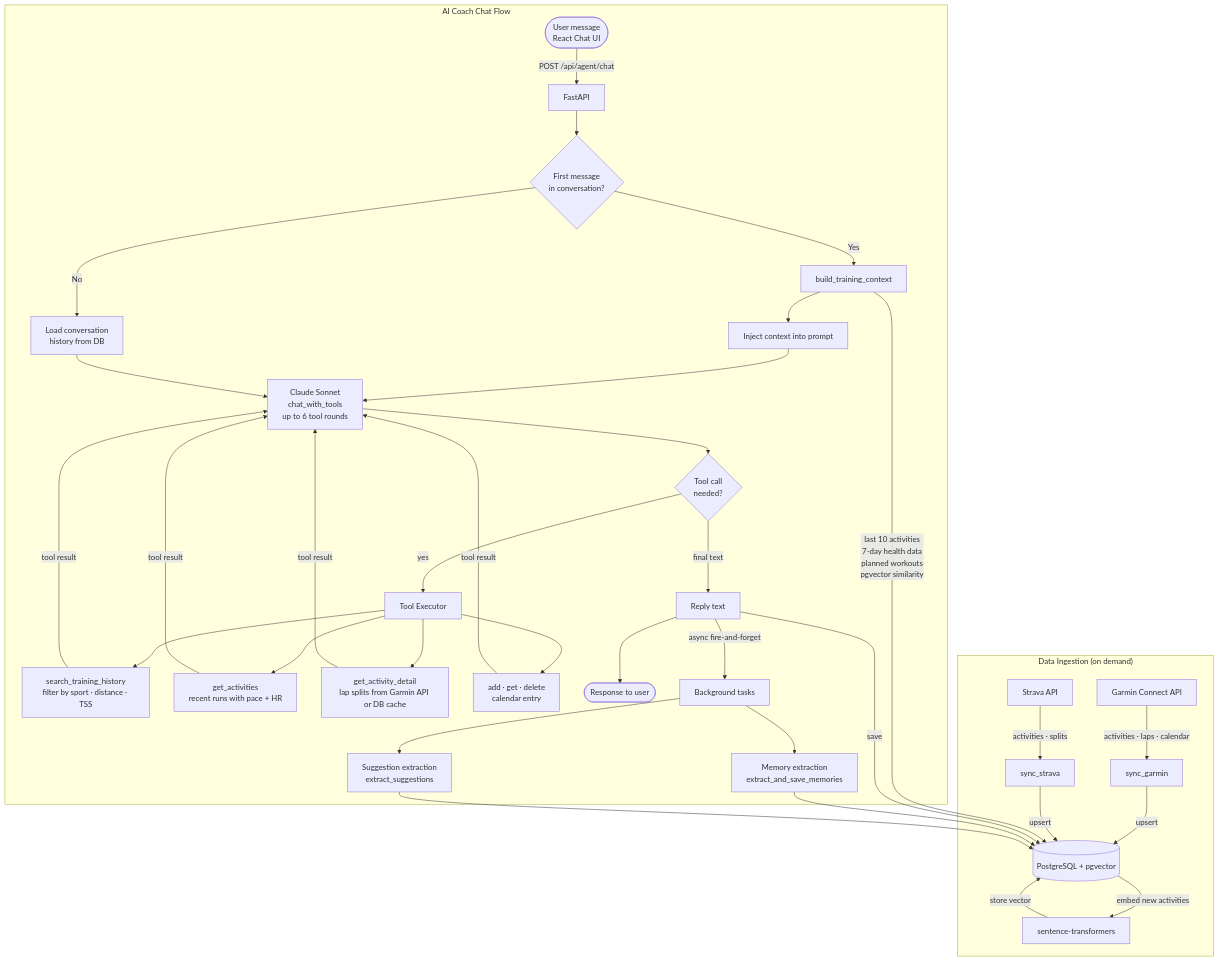
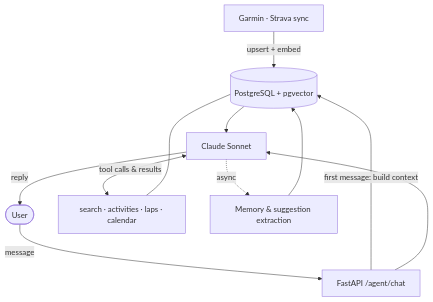
The diagram in README.md (goncalopereira13k/Claudius), drawn with Mermaid before and after one commit.

Commit message:
Simplify AI coach Mermaid diagram for readability

````diff
--- a/README.md
+++ b/README.md
@@ -41,41 +41,13 @@
 ```mermaid
 flowchart TD
-    subgraph Sync["Data Ingestion (on demand)"]
-        GA[Garmin Connect API] -->|activities · laps · calendar| SG[sync_garmin]
-        SA[Strava API] -->|activities · splits| SS[sync_strava]
-        SG & SS -->|upsert| DB[(PostgreSQL + pgvector)]
-        DB -->|embed new activities| EMB[sentence-transformers]
-        EMB -->|store vector| DB
-    end
-
-    subgraph Chat["AI Coach Chat Flow"]
-        U([User message\nReact Chat UI]) -->|POST /api/agent/chat| API[FastAPI]
-
-        API --> CTX{First message\nin conversation?}
-
-        CTX -->|Yes| BC[build_training_context]
-        BC -->|last 10 activities\n7-day health data\nplanned workouts\npgvector similarity| DB
-        BC --> MERGE[Inject context into prompt]
-
-        CTX -->|No| HIST[Load conversation\nhistory from DB]
-        MERGE & HIST --> LLM
-
-        LLM["Claude Sonnet\nchat_with_tools\nup to 6 tool rounds"] --> TR{Tool call\nneeded?}
-
-        TR -->|yes| TOOL[Tool Executor]
-        TOOL --> T1[search_training_history\nfilter by sport · distance · TSS]
-        TOOL --> T2[get_activities\nrecent runs with pace + HR]
-        TOOL --> T3[get_activity_detail\nlap splits from Garmin API or DB cache]
-        TOOL --> T4[add · get · delete\ncalendar entry]
-        T1 & T2 & T3 & T4 -->|tool result| LLM
-
-        TR -->|final text| REPLY[Reply text]
-        REPLY -->|save| DB
-        REPLY --> U2([Response to user])
-
-        REPLY -->|async fire-and-forget| BG[Background tasks]
-        BG --> MEM[Memory extraction\nextract_and_save_memories]
-        BG --> SUG[Suggestion extraction\nextract_suggestions]
-        MEM & SUG --> DB
-    end
+    Sync[Garmin · Strava sync] -->|upsert + embed| DB[(PostgreSQL + pgvector)]
+    U([User]) -->|message| Chat[FastAPI /agent/chat]
+    Chat -->|first message: build context| DB
+    DB --> Claude[Claude Sonnet]
+    Chat --> Claude
+    Claude <-->|tool calls & results| Tools[search · activities · laps · calendar]
+    Tools --- DB
+    Claude -->|reply| U
+    Claude -.->|async| BG[Memory & suggestion extraction]
+    BG --> DB
 ```
````
